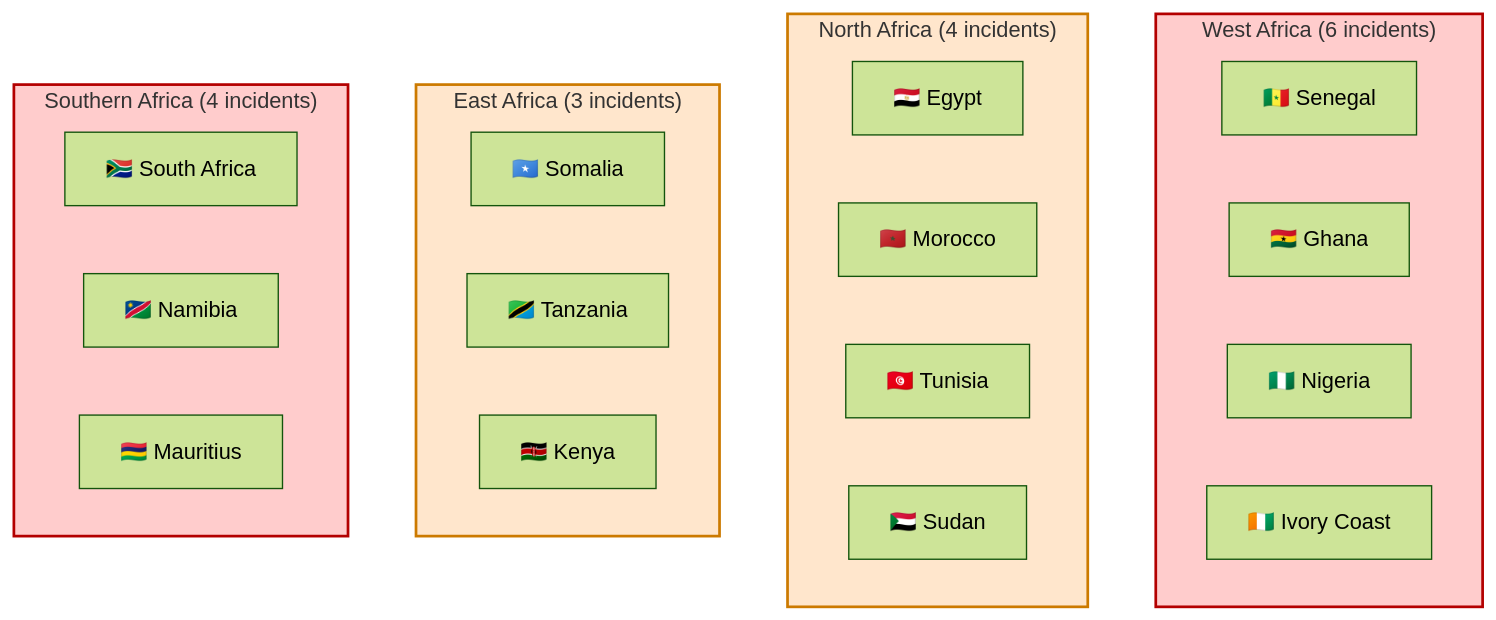
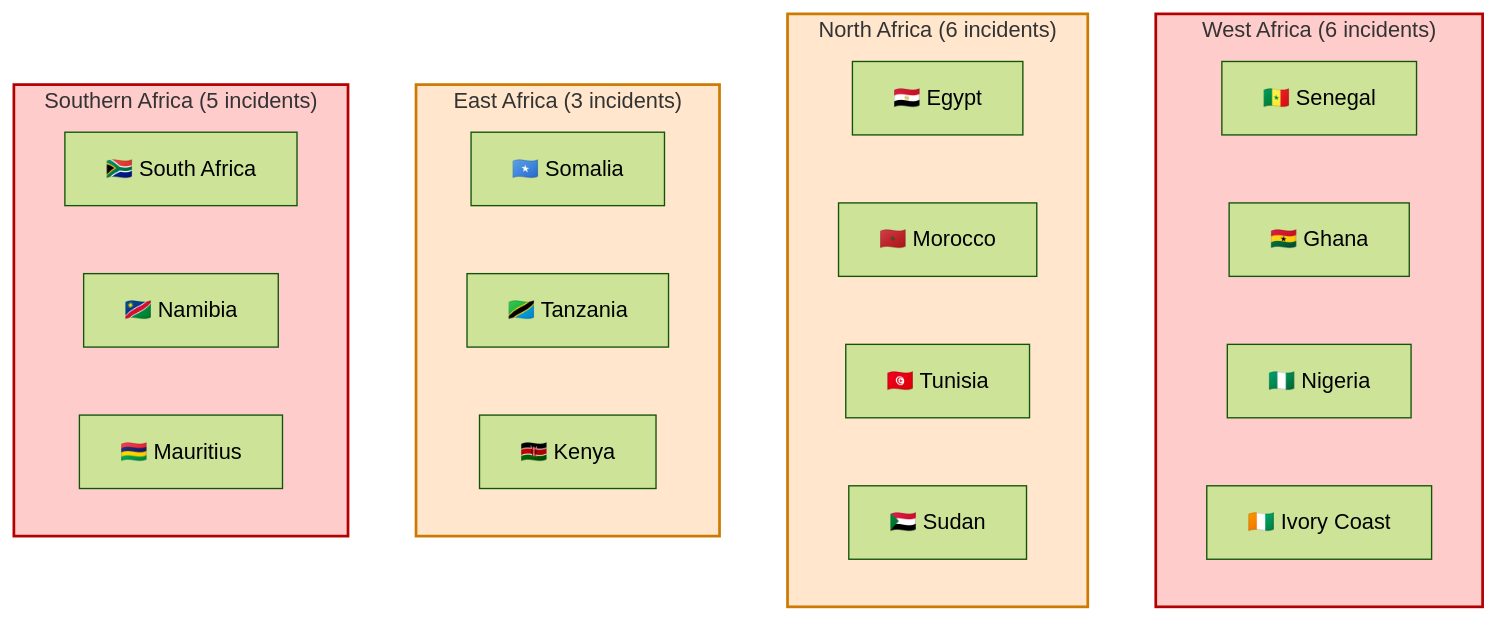
Before and after one commit to Hatchepsoute/AFRINTEL: the second of 3 diagrams in statistics/2026/02-february/README.md, drawn with Mermaid (forest theme). The commit also changed other lines of this file and 39 other files, not shown here.

````diff
--- a/statistics/2026/02-february/README.md
+++ b/statistics/2026/02-february/README.md
@@ -156,41 +156,41 @@
 ```mermaid
 flowchart TB
   classDef high fill:#ffcccc,stroke:#b30000,stroke-width:2px;
   classDef medium fill:#ffe6cc,stroke:#cc7a00,stroke-width:2px;
   classDef low fill:#fff2cc,stroke:#b39b00,stroke-width:2px;
 
   subgraph West["West Africa (6 incidents)"]
   
     SN["🇸🇳 Senegal"]
     GH["🇬🇭 Ghana"]
     NG["🇳🇬 Nigeria"]
     CI["🇨🇮 Ivory Coast"]
   end
 
-  subgraph North["North Africa (4 incidents)"]
+  subgraph North["North Africa (6 incidents)"]
   
     EG["🇪🇬 Egypt"]
     MA["🇲🇦 Morocco"]
     TN["🇹🇳 Tunisia"]
     SD["🇸🇩 Sudan"]
   end
 
   subgraph East["East Africa (3 incidents)"]
   
     SO["🇸🇴 Somalia"]
     TZ["🇹🇿 Tanzania"]
     KE["🇰🇪 Kenya"]
   end
 
-  subgraph South["Southern Africa (4 incidents)"]
+  subgraph South["Southern Africa (5 incidents)"]
   
     ZA["🇿🇦 South Africa"]
     NA["🇳🇦 Namibia"]
     MU["🇲🇺 Mauritius"]
   end
 
   class West high;
   class South high;
   class North medium;
   class East medium;
 ```
````
